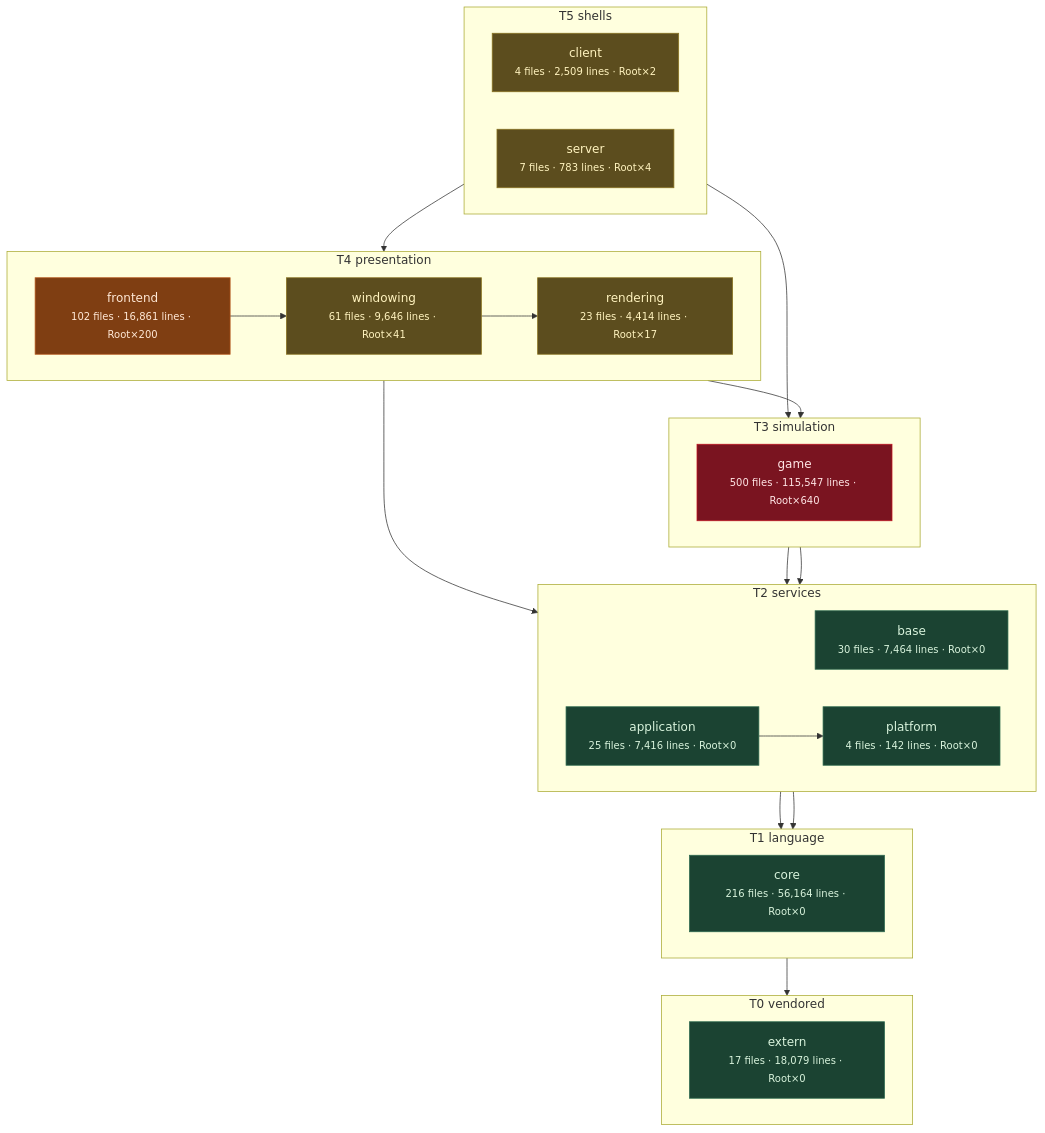
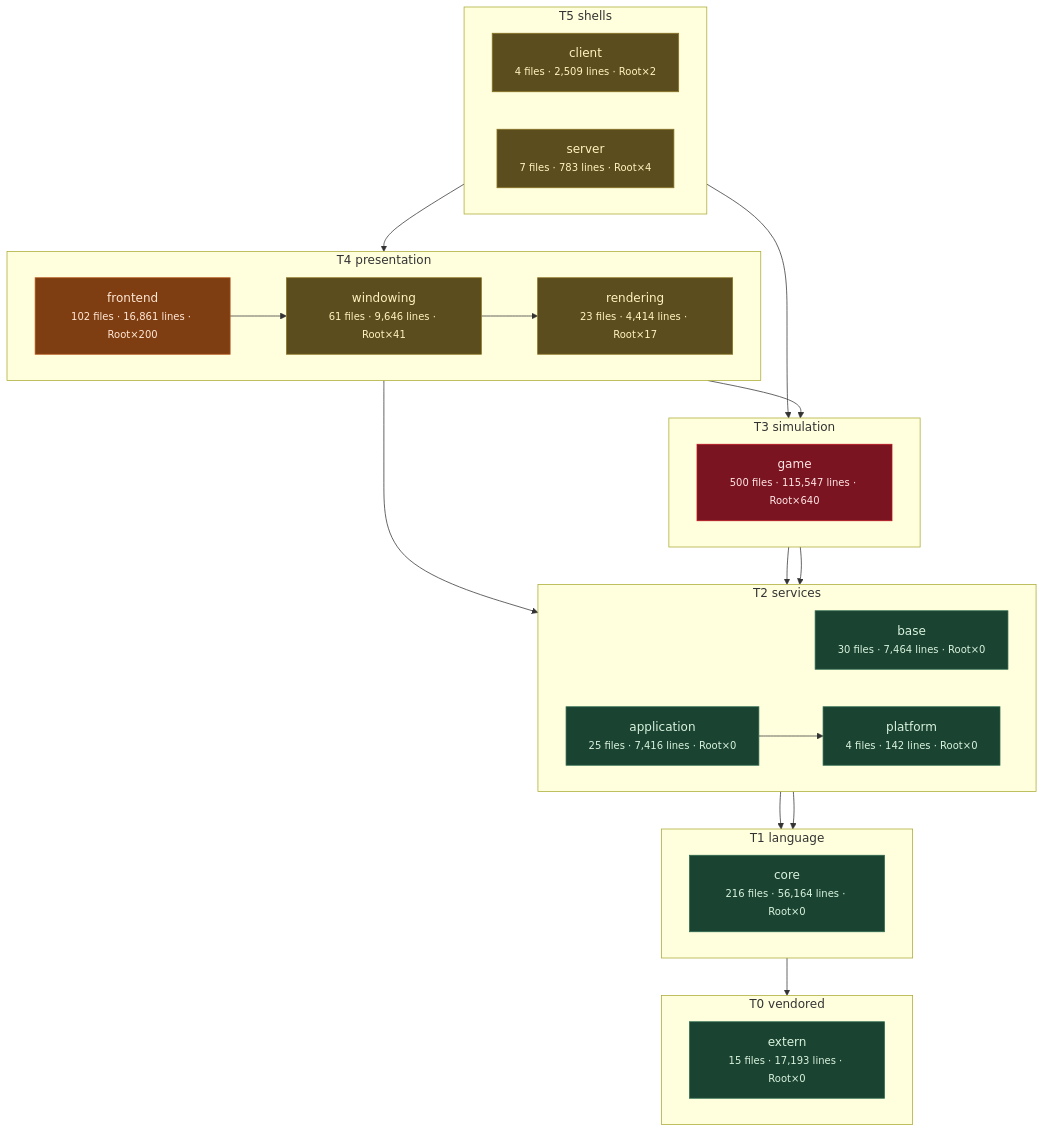
The third of 11 diagrams in docs/architecture/system-boundaries.md (apnex/OpenStarbound), drawn with Mermaid before and after one commit. The commit also changed other lines of this file and 5 other files, not shown here.

````diff
--- a/docs/architecture/system-boundaries.md
+++ b/docs/architecture/system-boundaries.md
@@ -270,52 +270,52 @@
 ```mermaid
 flowchart TD
   subgraph T0["T0 vendored"]
     direction LR
-    extern["extern<br/><small>17 files · 18,079 lines · Root×0</small>"]
+    extern["extern<br/><small>15 files · 17,193 lines · Root×0</small>"]
   end
   subgraph T1["T1 language"]
     direction LR
     core["core<br/><small>216 files · 56,164 lines · Root×0</small>"]
   end
   subgraph T2["T2 services"]
     direction LR
     base["base<br/><small>30 files · 7,464 lines · Root×0</small>"]
     platform["platform<br/><small>4 files · 142 lines · Root×0</small>"]
     application["application<br/><small>25 files · 7,416 lines · Root×0</small>"]
   end
   subgraph T3["T3 simulation"]
     direction LR
     game["game<br/><small>500 files · 115,547 lines · Root×640</small>"]
   end
   subgraph T4["T4 presentation"]
     direction LR
     rendering["rendering<br/><small>23 files · 4,414 lines · Root×17</small>"]
     windowing["windowing<br/><small>61 files · 9,646 lines · Root×41</small>"]
     frontend["frontend<br/><small>102 files · 16,861 lines · Root×200</small>"]
   end
   subgraph T5["T5 shells"]
     direction LR
     client["client<br/><small>4 files · 2,509 lines · Root×2</small>"]
     server["server<br/><small>7 files · 783 lines · Root×4</small>"]
   end
   core --> extern
   base --> core
   platform --> core
   application --> platform
   game --> base
   game --> platform
   rendering --> application
   rendering --> game
   windowing --> rendering
   frontend --> windowing
   client --> frontend
   server --> game
   classDef clean fill:#1b4332,stroke:#2d6a4f,color:#d8f3dc
   classDef warm  fill:#5c4d1e,stroke:#8a7420,color:#fff3bf
   classDef hot   fill:#7f3e12,stroke:#b5561b,color:#ffe8d6
   classDef blaze fill:#7a1420,stroke:#c1121f,color:#ffe5e5
   class extern,core,base,platform,application clean
   class rendering,windowing,client,server warm
   class frontend hot
   class game blaze
 ```
````
